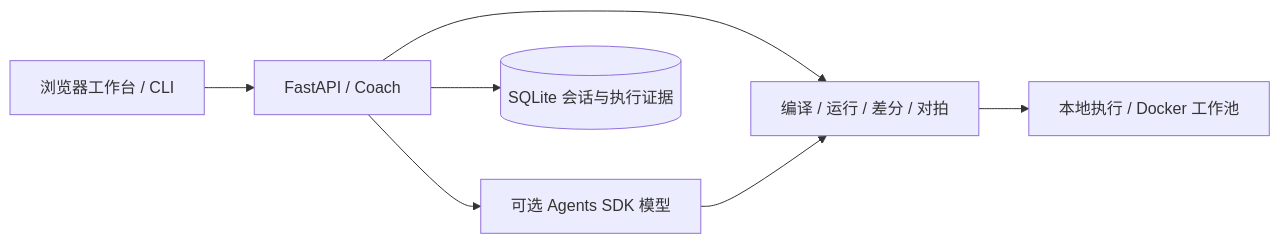
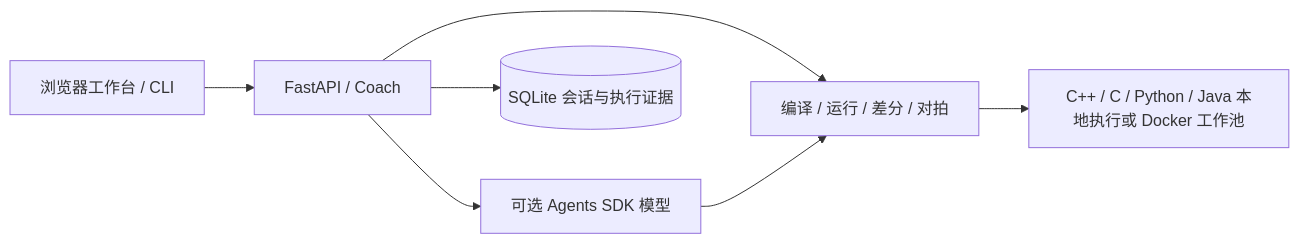
One commit to Ehahaha1015/acm-agent changed the diagram in README.md. Above: the diagram before and after it, drawn with Mermaid. The commit also changed other lines of this file and 38 other files, not shown here.

Commit message:
feat: add Python Java and C execution and mixed-language testing

````diff
--- a/README.md
+++ b/README.md
@@ -227,9 +264,9 @@
 ```mermaid
 flowchart LR
   Web[浏览器工作台 / CLI] --> API[FastAPI / Coach]
   API --> Tools[编译 / 运行 / 差分 / 对拍]
   API --> Model[可选 Agents SDK 模型]
   Model --> Tools
-  Tools --> Backend[本地执行 / Docker 工作池]
+  Tools --> Backend[C++ / C / Python / Java 本地执行或 Docker 工作池]
   API --> DB[(SQLite 会话与执行证据)]
 ```
````
